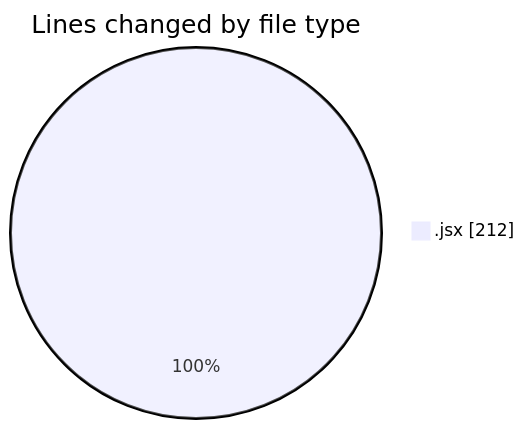
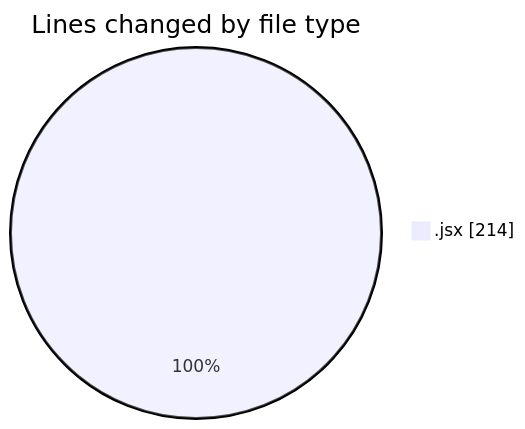
Before and after one commit to nxtqubesakshisongat/code-tracking: the first of 2 diagrams in 2025-11-13/argos/README.md, drawn with Mermaid. The commit also changed other lines of this file and 1 other file, not shown here.

````diff
--- a/2025-11-13/argos/README.md
+++ b/2025-11-13/argos/README.md
@@ -20,5 +20,5 @@
 ```mermaid
 pie showData
 title Lines changed by file type
-".jsx" : 212
+".jsx" : 214
 ```
````
